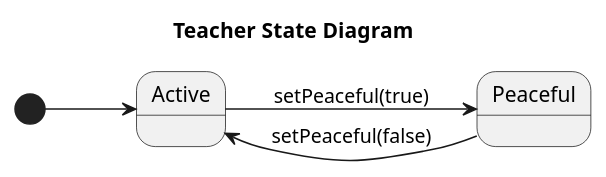
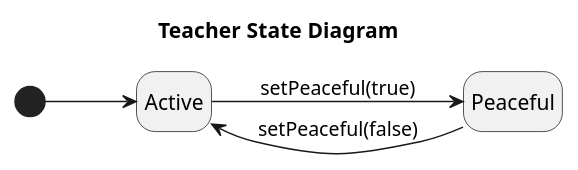
The diagram in docs/diagrams/state/teacher-state.puml (sn4k3ch4rm3r/logarlec), drawn with PlantUML before and after one commit.

Commit message:
Hide description box

```diff
--- a/docs/diagrams/state/teacher-state.puml
+++ b/docs/diagrams/state/teacher-state.puml
@@ -1,9 +1,10 @@
 @startuml teacher
 left to right direction
 title Teacher State Diagram
+hide empty description
 
 [*] --> Active
 Active --> Peaceful : setPeaceful(true)
 Peaceful --> Active : setPeaceful(false)
 
 @enduml
```
